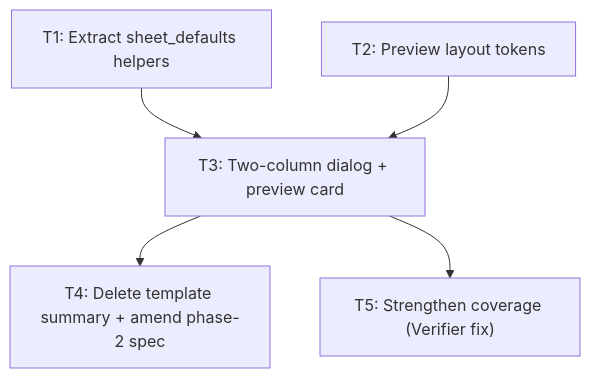
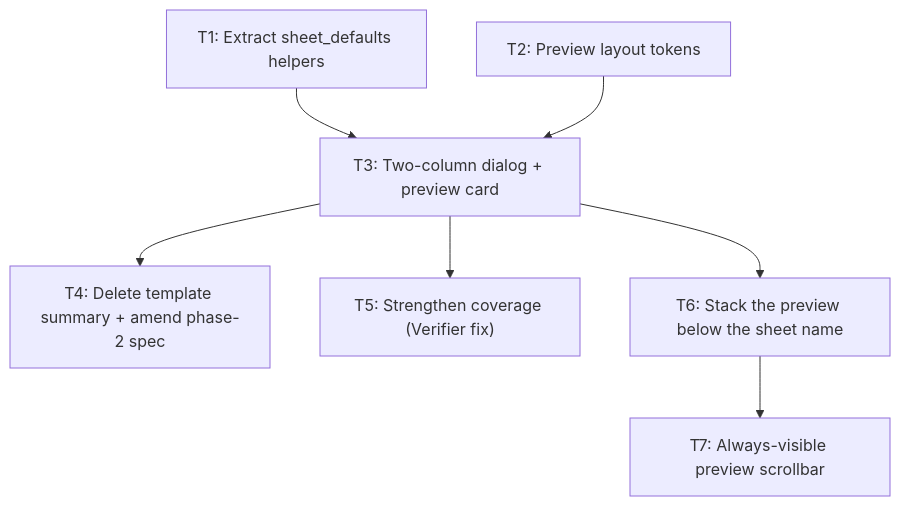
Before and after one commit to paulo-valleriote/legnaris: the diagram in .specs/features/front-end-phase-3-sheet-preview/tasks.md, drawn with Mermaid. The commit also changed other lines of this file and 3 other files, not shown here.

````diff
--- a/.specs/features/front-end-phase-3-sheet-preview/tasks.md
+++ b/.specs/features/front-end-phase-3-sheet-preview/tasks.md
@@ -168,7 +199,9 @@
 ```mermaid
 flowchart TD
     T1["T1: Extract sheet_defaults helpers"] --> T3["T3: Two-column dialog + preview card"]
     T2["T2: Preview layout tokens"] --> T3
     T3 --> T4["T4: Delete template summary + amend phase-2 spec"]
     T3 --> T5["T5: Strengthen coverage (Verifier fix)"]
+    T3 --> T6["T6: Stack the preview below the sheet name"]
+    T6 --> T7["T7: Always-visible preview scrollbar"]
 ```
````
